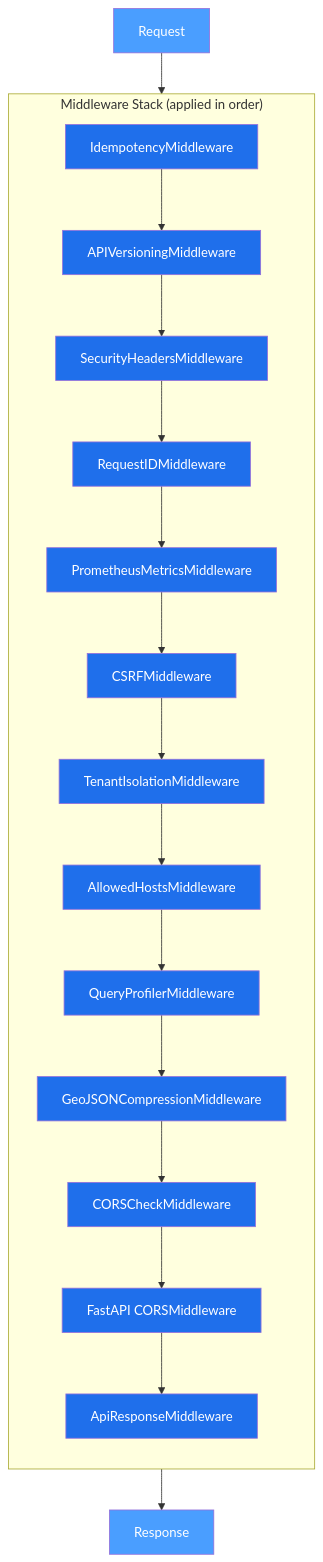
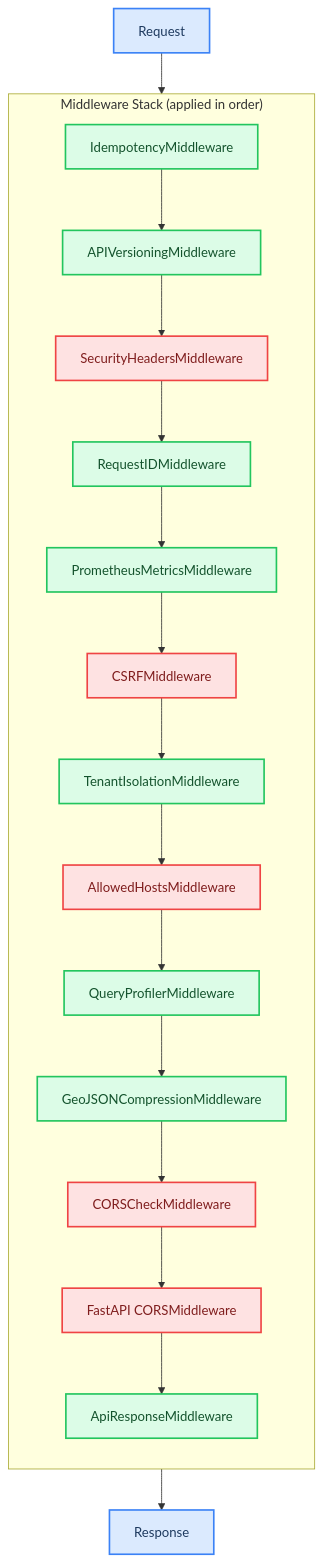
The third of 11 diagrams in docs/architecture/Architecture.md (SafeVixAI/SafeVixAI), drawn with Mermaid before and after one commit. The commit also changed other lines of this file and 85 other files, not shown here.

Commit message:
docs: Fix Mermaid diagrams, resolve relative link warnings, and ensure clean mkdocs build

````diff
--- a/docs/architecture/Architecture.md
+++ b/docs/architecture/Architecture.md
@@ -144,50 +158,43 @@
 ```mermaid
 flowchart TB
+    classDef edge fill:#dbeafe,stroke:#3b82f6,stroke-width:2px,color:#1e3a5f
+    classDef control fill:#dcfce7,stroke:#22c55e,stroke-width:2px,color:#14532d
+    classDef ai fill:#f3e8ff,stroke:#a855f7,stroke-width:2px,color:#581c87
+    classDef data fill:#fef3c7,stroke:#f59e0b,stroke-width:2px,color:#78350f
+    classDef security fill:#fee2e2,stroke:#ef4444,stroke-width:2px,color:#7f1d1d
+    classDef external fill:#f1f5f9,stroke:#94a3b8,stroke-width:2px,stroke-dasharray:5 5,color:#334155
+    classDef decision fill:#e0e7ff,stroke:#6366f1,stroke-width:2px,color:#312e81
+    classDef success fill:#d1fae5,stroke:#10b981,stroke-width:2px,color:#064e3b
+
     subgraph Middleware["Middleware Stack (applied in order)"]
         direction TB
-        M1[IdempotencyMiddleware]
-        M2[APIVersioningMiddleware]
-        M3[SecurityHeadersMiddleware]
-        M4[RequestIDMiddleware]
-        M5[PrometheusMetricsMiddleware]
-        M6[CSRFMiddleware]
-        M7[TenantIsolationMiddleware]
-        M8[AllowedHostsMiddleware]
-        M9[QueryProfilerMiddleware]
-        M10[GeoJSONCompressionMiddleware]
-        M11[CORSCheckMiddleware]
-        M12[FastAPI CORSMiddleware]
-        M13[ApiResponseMiddleware]
+        M1["IdempotencyMiddleware"]:::control
+        M2["APIVersioningMiddleware"]:::control
+        M3["SecurityHeadersMiddleware"]:::security
+        M4["RequestIDMiddleware"]:::control
+        M5["PrometheusMetricsMiddleware"]:::control
+        M6["CSRFMiddleware"]:::security
+        M7["TenantIsolationMiddleware"]:::control
+        M8["AllowedHostsMiddleware"]:::security
+        M9["QueryProfilerMiddleware"]:::control
+        M10["GeoJSONCompressionMiddleware"]:::control
+        M11["CORSCheckMiddleware"]:::security
+        M12["FastAPI CORSMiddleware"]:::security
+        M13["ApiResponseMiddleware"]:::control
     end
 
-    Request --> M1
+    Request:::edge --> M1
     M1 --> M2
     M2 --> M3
     M3 --> M4
     M4 --> M5
     M5 --> M6
     M6 --> M7
     M7 --> M8
     M8 --> M9
     M9 --> M10
     M10 --> M11
     M11 --> M12
     M12 --> M13
-    M13 --> Response
-
-    style Request fill:#4a9eff,color:#fff
-    style Response fill:#4a9eff,color:#fff
-    style M1 fill:#1f6feb,color:#fff
-    style M2 fill:#1f6feb,color:#fff
-    style M3 fill:#1f6feb,color:#fff
-    style M4 fill:#1f6feb,color:#fff
-    style M5 fill:#1f6feb,color:#fff
-    style M6 fill:#1f6feb,color:#fff
-    style M7 fill:#1f6feb,color:#fff
-    style M8 fill:#1f6feb,color:#fff
-    style M9 fill:#1f6feb,color:#fff
-    style M10 fill:#1f6feb,color:#fff
-    style M11 fill:#1f6feb,color:#fff
-    style M12 fill:#1f6feb,color:#fff
-    style M13 fill:#1f6feb,color:#fff
+    M13 --> Response:::edge
 ```
````
